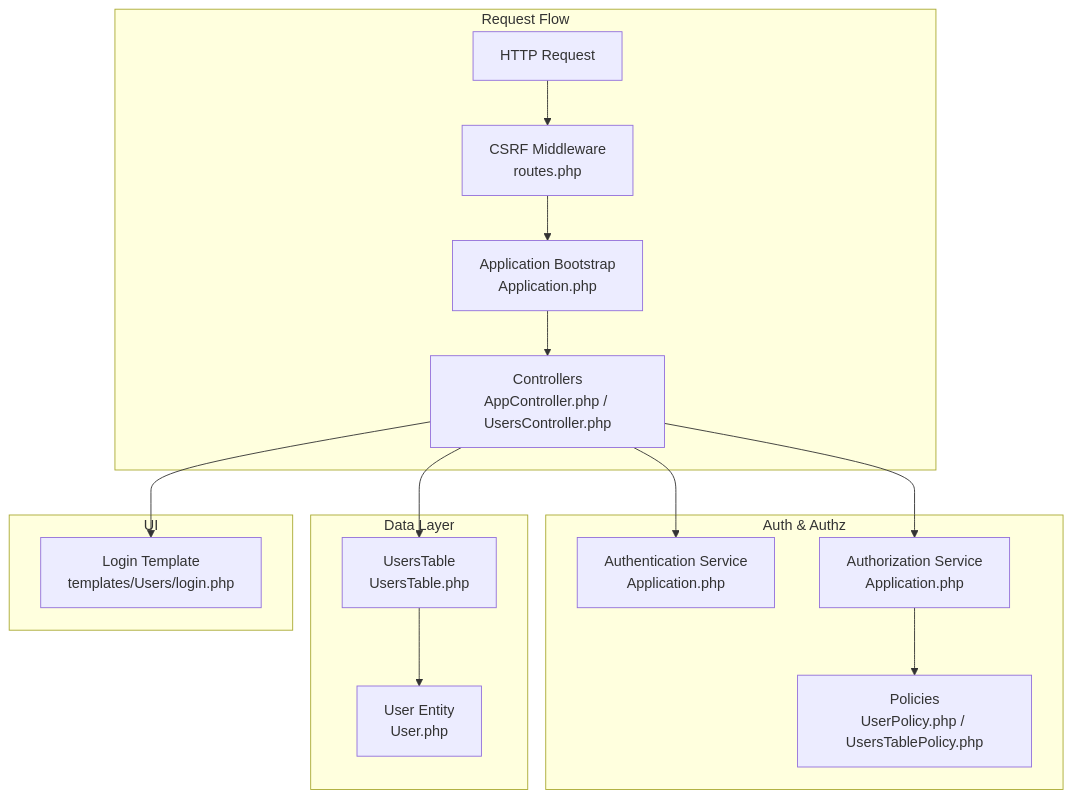
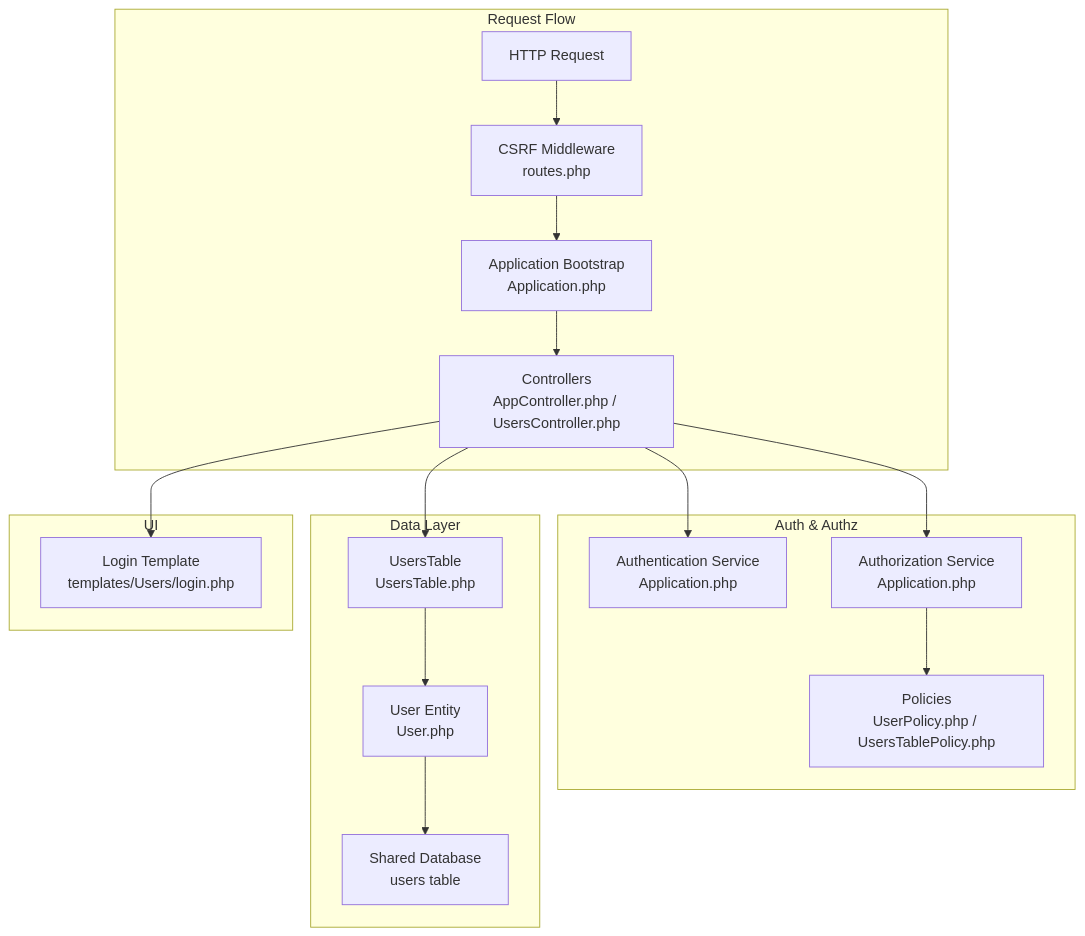
The first of 7 diagrams in .qoder/repowiki/en/content/User Management System/User Management System.md (luiseduacosta/tcc4), drawn with Mermaid before and after one commit. The commit also changed other lines of this file and 101 other files, not shown here.

````diff
--- a/.qoder/repowiki/en/content/User Management System/User Management System.md
+++ b/.qoder/repowiki/en/content/User Management System/User Management System.md
@@ -41,28 +49,30 @@
 ```mermaid
 graph TB
 subgraph "Request Flow"
 R["HTTP Request"]
 M["CSRF Middleware<br/>routes.php"]
 A["Application Bootstrap<br/>Application.php"]
 C["Controllers<br/>AppController.php / UsersController.php"]
 end
 subgraph "Auth & Authz"
 ASvc["Authentication Service<br/>Application.php"]
 PSvc["Authorization Service<br/>Application.php"]
 Policy["Policies<br/>UserPolicy.php / UsersTablePolicy.php"]
 end
 subgraph "Data Layer"
 UTable["UsersTable<br/>UsersTable.php"]
 UEntity["User Entity<br/>User.php"]
+DB["Shared Database<br/>users table"]
 end
 subgraph "UI"
 Tpl["Login Template<br/>templates/Users/login.php"]
 end
 R --> M --> A --> C
 C --> ASvc
 C --> PSvc
 PSvc --> Policy
 C --> UTable
 UTable --> UEntity
+UEntity --> DB
 C --> Tpl
 ```
````
